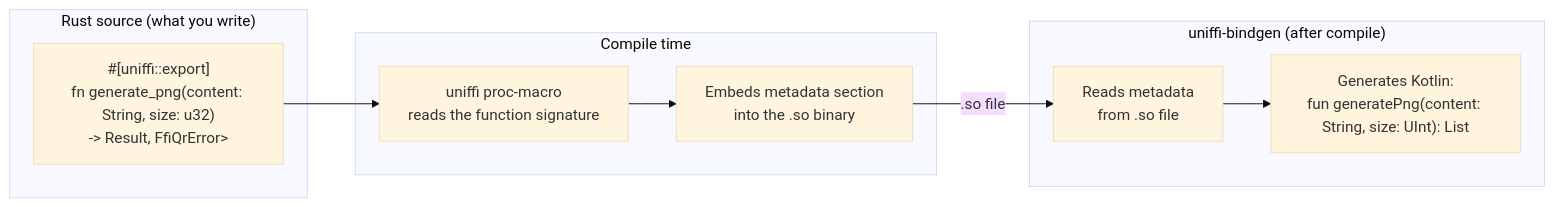
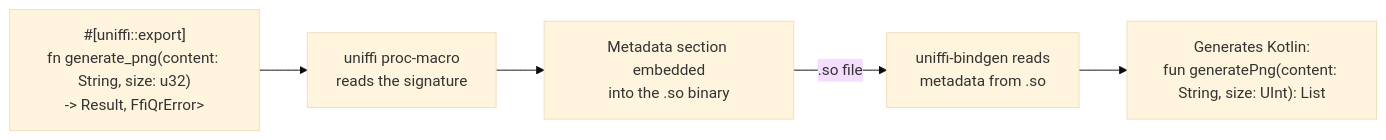
One commit to prasannajeet/RustyQR changed the third of 3 diagrams in composeApp/README.md. Above: the diagram before and after it, drawn with Mermaid (base theme). The commit also changed other lines of this file and 69 other files, not shown here.

````diff
--- a/composeApp/README.md
+++ b/composeApp/README.md
@@ -488,21 +292,10 @@
 ```mermaid
 graph LR
-    subgraph "Rust source (what you write)"
-        A["#[uniffi::export]<br/>fn generate_png(content: String, size: u32)<br/>-> Result<Vec<u8>, FfiQrError>"]
-    end
+    A["#[uniffi::export]<br/>fn generate_png(content: String, size: u32)<br/>-> Result<Vec<u8>, FfiQrError>"]
+    B["uniffi proc-macro<br/>reads the signature"]
+    C["Metadata section embedded<br/>into the .so binary"]
+    D["uniffi-bindgen reads<br/>metadata from .so"]
+    E["Generates Kotlin:<br/>fun generatePng(content: String, size: UInt): List<UByte>"]
 
-    subgraph "Compile time"
-        B["uniffi proc-macro<br/>reads the function signature"]
-        C["Embeds metadata section<br/>into the .so binary"]
-    end
-
-    subgraph "uniffi-bindgen (after compile)"
-        D["Reads metadata<br/>from .so file"]
-        E["Generates Kotlin:<br/>fun generatePng(content: String, size: UInt): List<UByte>"]
-    end
-
-    A --> B
-    B --> C
-    C -->|".so file"| D
-    D --> E
+    A --> B --> C -->|".so file"| D --> E
 ```
````
